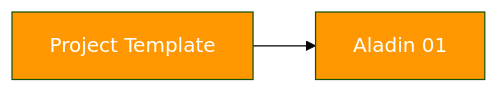
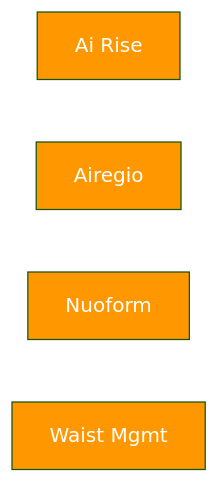
One commit to Katty-Fashion/kf-cpto changed the diagram in docs/dependency-graph.md. Above: the diagram before and after it, drawn with Mermaid (forest theme). The commit also changed other lines of this file and 12 other files, not shown here.

````diff
--- a/docs/dependency-graph.md
+++ b/docs/dependency-graph.md
@@ -10,10 +10,11 @@
 ```mermaid
 graph LR
-    Aladin-01[Aladin 01]:::internal
-    project-template[Project Template]:::internal
-    project-template --> Aladin-01
+    ai-rise[Ai Rise]:::internal
+    airegio[Airegio]:::internal
+    nuoform[Nuoform]:::internal
+    waist-mgmt[Waist Mgmt]:::internal
 
     classDef saas fill:#4CAF50,color:#fff
     classDef eu fill:#2196F3,color:#fff
     classDef internal fill:#FF9800,color:#fff
 ```
````
